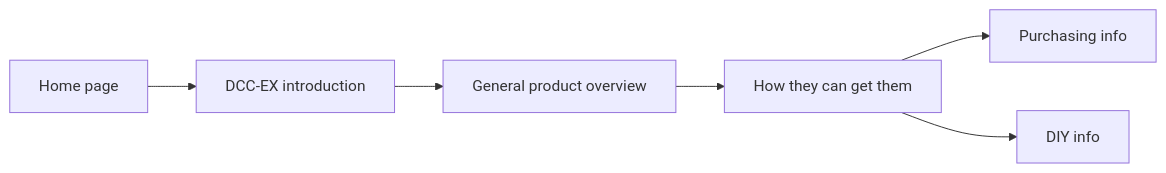
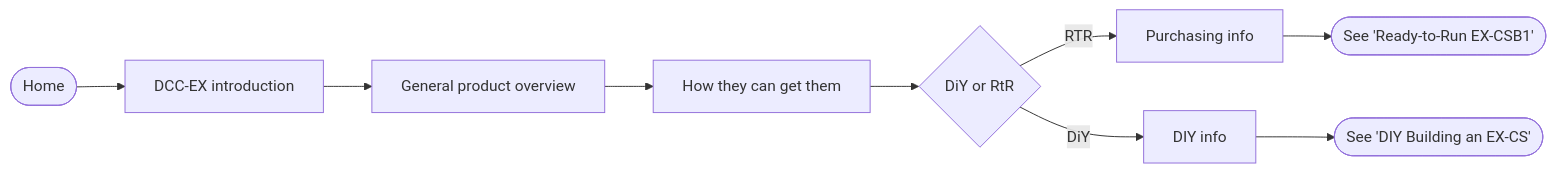
Before and after one commit to DCC-EX/mkdocs-test: the first of 10 diagrams in docs/contributing/user-journeys.md, drawn with Mermaid. The commit also changed other lines of this file and 8 other files, not shown here.

````diff
--- a/docs/contributing/user-journeys.md
+++ b/docs/contributing/user-journeys.md
@@ -9,8 +9,11 @@
 ```mermaid
 graph LR
-    A[Home page] --> B[DCC-EX introduction];
+    A([Home]) --> B[DCC-EX introduction];
     B --> C[General product overview];
     C --> D[How they can get them];
-    D --> E[Purchasing info];
-    D --> F[DIY info];
+    D --> E{DiY or RtR};
+    E --> |RTR| F[Purchasing info];
+    F --> G([See 'Ready-to-Run EX-CSB1'])
+    E --> |DiY| H[DIY info];
+    H --> I([See 'DIY Building an EX-CS'])
 ```
````
